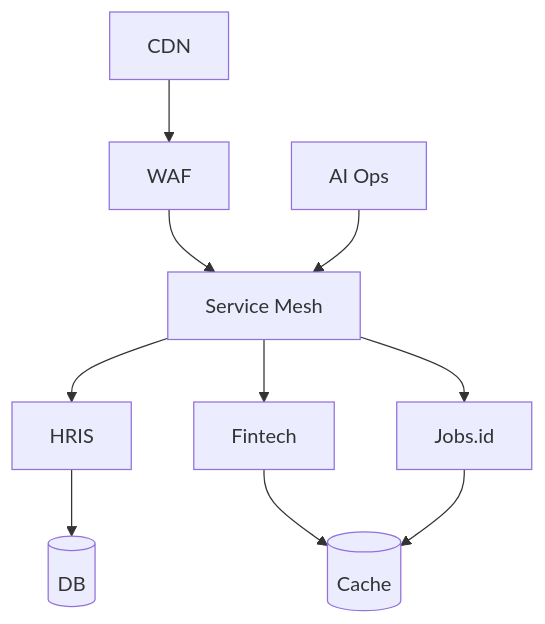
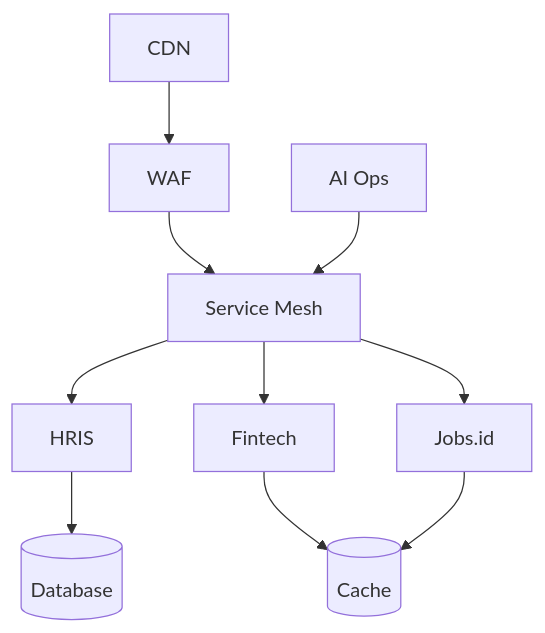
The diagram in README.md (mnf94/mnf94), drawn with Mermaid before and after one commit. The commit also changed other lines of this file, not shown here.

````diff
--- a/README.md
+++ b/README.md
@@ -41,15 +61,15 @@
 ```mermaid
 graph TD;
 A[CDN] --> B[WAF];
 B --> C[Service Mesh];
 
 C --> D[HRIS];
 C --> E[Fintech];
 C --> F[Jobs.id];
 
-D --> G[(DB)];
+D --> G[(Database)];
 E --> H[(Cache)];
 F --> H;
 
-J[AI Ops] --> C;
+I[AI Ops] --> C;
 ```
````
